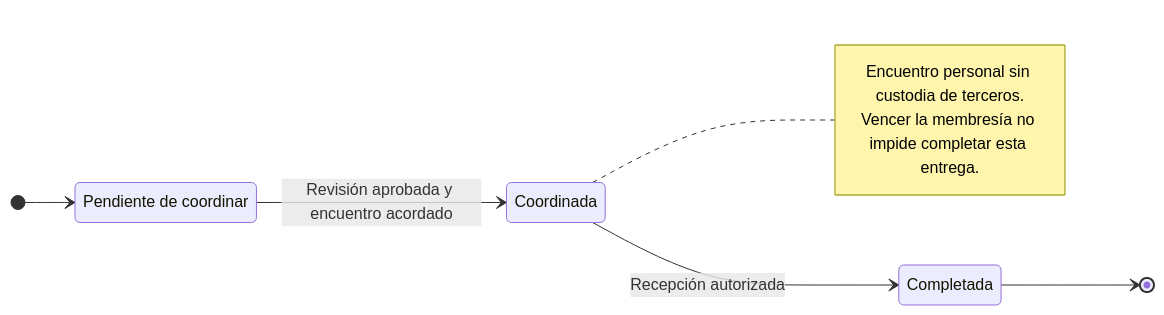
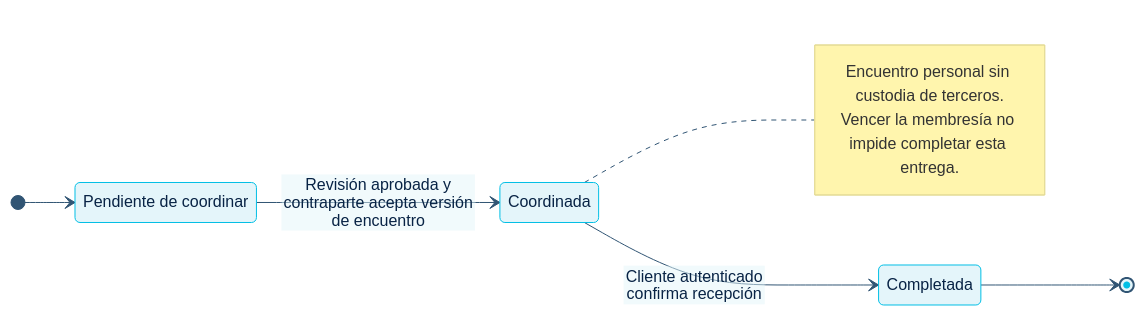
One commit to chill0101/3daltoque-docs changed the sixth of 12 diagrams in src/content/docs/flujos/estados.md. Above: the diagram before and after it, drawn with Mermaid. The commit also changed other lines of this file and 145 other files, not shown here.

````diff
--- a/src/content/docs/flujos/estados.md
+++ b/src/content/docs/flujos/estados.md
@@ -200,16 +184,16 @@
 ```mermaid
+%%{init: {"theme":"base","themeVariables":{"primaryColor":"#E4F5FA","primaryTextColor":"#082345","primaryBorderColor":"#00BFE5","lineColor":"#315574","secondaryColor":"#F5F8FC","tertiaryColor":"#FFFFFF","fontFamily":"Manrope, sans-serif"},"flowchart":{"htmlLabels":false},"class":{"htmlLabels":false}}}%%
 stateDiagram-v2
   direction LR
   state "Pendiente de coordinar" as pendiente
   state "Coordinada" as coordinada
   state "Completada" as completada
   [*] --> pendiente
-  pendiente --> coordinada: Revisión aprobada y encuentro acordado
-  coordinada --> completada: Recepción autorizada
+  pendiente --> coordinada: Revisión aprobada y contraparte acepta versión de encuentro
+  coordinada --> completada: Cliente autenticado confirma recepción
   completada --> [*]
   note right of coordinada
     Encuentro personal sin custodia de terceros.
     Vencer la membresía no impide completar esta entrega.
   end note
-
 ```
````
